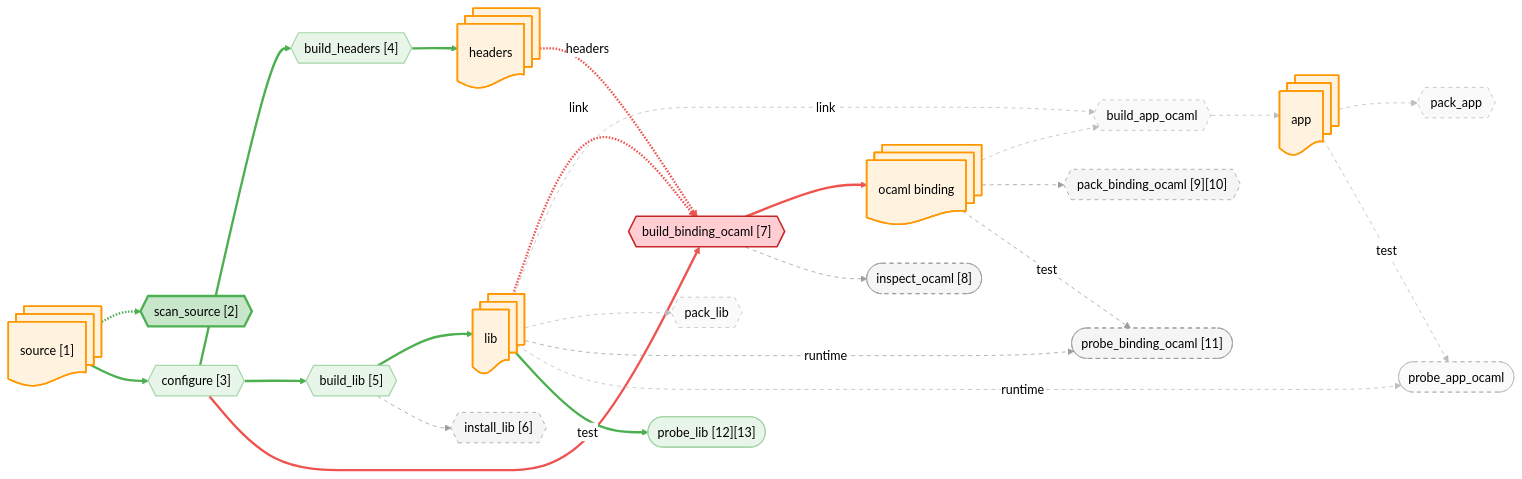
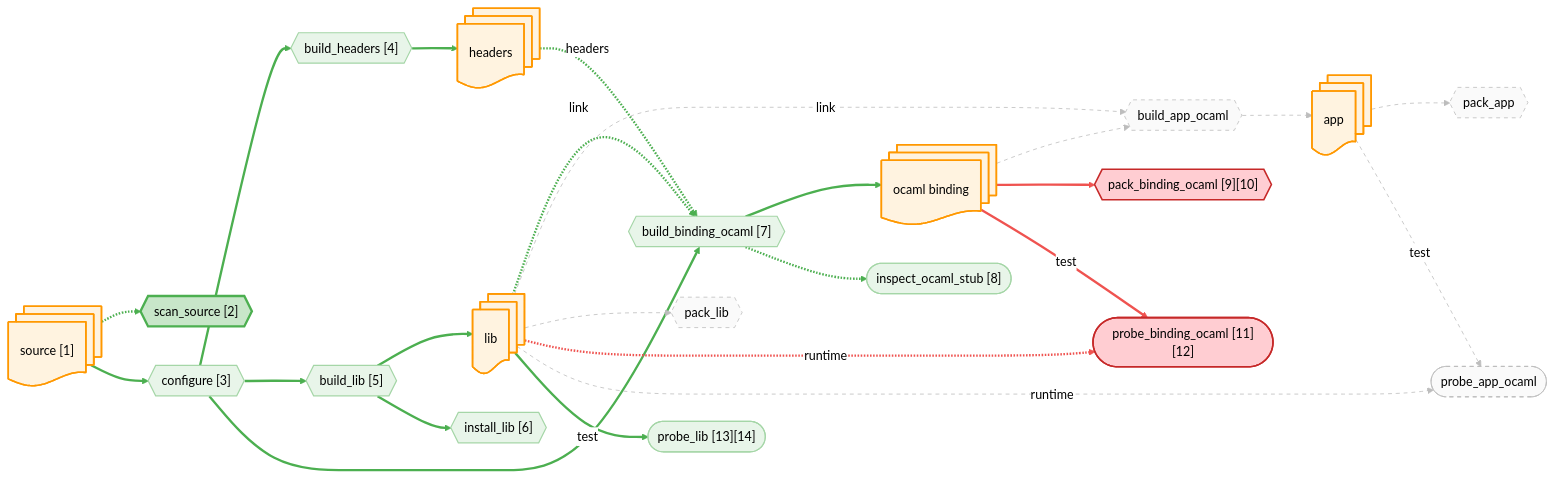
The diagram in docs/canary/projects/z3/-run/diagrams/source.mmd (JHU-PL-Lab/tola), drawn with Mermaid (neutral theme) before and after one commit. The commit also changed 24 other files, not shown here.

```diff
--- a/docs/canary/projects/z3/-run/diagrams/source.mmd
+++ b/docs/canary/projects/z3/-run/diagrams/source.mmd
@@ -1,93 +1,93 @@
 %% view: source
 graph LR
     source_node@{ shape: docs, label: "source [1]" }
     headers_node@{ shape: docs, label: "headers" }
     lib_node@{ shape: docs, label: "lib" }
     app_node@{ shape: docs, label: "app" }
     ocaml_binding_node@{ shape: docs, label: "ocaml binding" }
 
     A_scan_source{{"scan_source [2]"}}
     A_configure{{"configure [3]"}}
     A_build_headers{{"build_headers [4]"}}
     A_build_lib{{"build_lib [5]"}}
     A_build_binding_ocaml{{"build_binding_ocaml [7]"}}
     A_build_app_ocaml{{"build_app_ocaml"}}
     A_install_lib{{"install_lib [6]"}}
     A_pack_binding_ocaml{{"pack_binding_ocaml [9][10]"}}
     A_pack_lib{{"pack_lib"}}
     A_pack_app{{"pack_app"}}
-    A_probe_binding_ocaml(["probe_binding_ocaml [11]"])
+    A_probe_binding_ocaml(["probe_binding_ocaml [11][12]"])
     A_probe_app_ocaml(["probe_app_ocaml"])
-    A_probe_lib(["probe_lib [12][13]"])
-    A_build_binding_ocaml_inspect(["inspect_ocaml [8]"])
+    A_probe_lib(["probe_lib [13][14]"])
+    A_build_binding_ocaml_stub_inspect(["inspect_ocaml_stub [8]"])
 
     source_node -.-> A_scan_source
     source_node --> A_configure
     A_configure --> A_build_headers
     A_build_headers --> headers_node
     A_configure --> A_build_lib
     A_build_lib --> lib_node
     A_configure --> A_build_binding_ocaml
     headers_node -.->|headers| A_build_binding_ocaml
     lib_node -.->|link| A_build_binding_ocaml
     A_build_binding_ocaml --> ocaml_binding_node
     ocaml_binding_node --> A_build_app_ocaml
     lib_node -.->|link| A_build_app_ocaml
     A_build_app_ocaml --> app_node
     A_build_lib --> A_install_lib
     ocaml_binding_node --> A_pack_binding_ocaml
     lib_node --> A_pack_lib
     app_node --> A_pack_app
     ocaml_binding_node -->|test| A_probe_binding_ocaml
     lib_node -.->|runtime| A_probe_binding_ocaml
     app_node -->|test| A_probe_app_ocaml
     lib_node -.->|runtime| A_probe_app_ocaml
     lib_node -->|test| A_probe_lib
-    A_build_binding_ocaml -.-> A_build_binding_ocaml_inspect
+    A_build_binding_ocaml -.-> A_build_binding_ocaml_stub_inspect
 
     classDef artifact fill:#fff3e0,stroke:#ff9800,stroke-width:2px
     classDef action fill:#f3e5f5,stroke:#9c27b0,stroke-width:2px
     classDef st_done fill:#c8e6c9,stroke:#4caf50,stroke-width:3px
     classDef st_done_ctx fill:#e8f5e9,stroke:#a5d6a7,stroke-width:1.5px
     classDef st_expected_fail fill:#fff9c4,stroke:#f9a825,stroke-width:2px
     classDef st_failed fill:#ffcdd2,stroke:#c62828,stroke-width:2px
     classDef st_skipped fill:#f5f5f5,stroke:#9e9e9e,stroke-dasharray:5
     classDef st_nospec fill:#fafafa,stroke:#bdbdbd,stroke-dasharray:5
     class source_node,headers_node,lib_node,app_node,ocaml_binding_node artifact
     class A_scan_source st_done
     class A_configure st_done_ctx
     class A_build_headers st_done_ctx
     class A_build_lib st_done_ctx
-    class A_build_binding_ocaml st_failed
+    class A_build_binding_ocaml st_done_ctx
     class A_build_app_ocaml st_nospec
-    class A_install_lib st_skipped
-    class A_pack_binding_ocaml st_skipped
+    class A_install_lib st_done_ctx
+    class A_pack_binding_ocaml st_failed
     class A_pack_lib st_nospec
     class A_pack_app st_nospec
-    class A_probe_binding_ocaml st_skipped
+    class A_probe_binding_ocaml st_failed
     class A_probe_app_ocaml st_nospec
     class A_probe_lib st_done_ctx
-    class A_build_binding_ocaml_inspect st_skipped
+    class A_build_binding_ocaml_stub_inspect st_done_ctx
     linkStyle 0 stroke:#4caf50,stroke-width:3px
     linkStyle 1 stroke:#4caf50,stroke-width:3px
     linkStyle 2 stroke:#4caf50,stroke-width:3px
     linkStyle 3 stroke:#4caf50,stroke-width:3px
     linkStyle 4 stroke:#4caf50,stroke-width:3px
     linkStyle 5 stroke:#4caf50,stroke-width:3px
-    linkStyle 6 stroke:#ef5350,stroke-width:3px
-    linkStyle 7 stroke:#ef5350,stroke-width:3px
-    linkStyle 8 stroke:#ef5350,stroke-width:3px
-    linkStyle 9 stroke:#ef5350,stroke-width:3px
+    linkStyle 6 stroke:#4caf50,stroke-width:3px
+    linkStyle 7 stroke:#4caf50,stroke-width:3px
+    linkStyle 8 stroke:#4caf50,stroke-width:3px
+    linkStyle 9 stroke:#4caf50,stroke-width:3px
     linkStyle 10 stroke:#bdbdbd,stroke-width:1px,stroke-dasharray:5
     linkStyle 11 stroke:#bdbdbd,stroke-width:1px,stroke-dasharray:5
     linkStyle 12 stroke:#bdbdbd,stroke-width:1px,stroke-dasharray:5
-    linkStyle 13 stroke:#9e9e9e,stroke-width:1px,stroke-dasharray:5
-    linkStyle 14 stroke:#9e9e9e,stroke-width:1px,stroke-dasharray:5
+    linkStyle 13 stroke:#4caf50,stroke-width:3px
+    linkStyle 14 stroke:#ef5350,stroke-width:3px
     linkStyle 15 stroke:#bdbdbd,stroke-width:1px,stroke-dasharray:5
     linkStyle 16 stroke:#bdbdbd,stroke-width:1px,stroke-dasharray:5
-    linkStyle 17 stroke:#9e9e9e,stroke-width:1px,stroke-dasharray:5
-    linkStyle 18 stroke:#9e9e9e,stroke-width:1px,stroke-dasharray:5
+    linkStyle 17 stroke:#ef5350,stroke-width:3px
+    linkStyle 18 stroke:#ef5350,stroke-width:3px
     linkStyle 19 stroke:#bdbdbd,stroke-width:1px,stroke-dasharray:5
     linkStyle 20 stroke:#bdbdbd,stroke-width:1px,stroke-dasharray:5
     linkStyle 21 stroke:#4caf50,stroke-width:3px
-    linkStyle 22 stroke:#9e9e9e,stroke-width:1px,stroke-dasharray:5
+    linkStyle 22 stroke:#4caf50,stroke-width:3px
```
